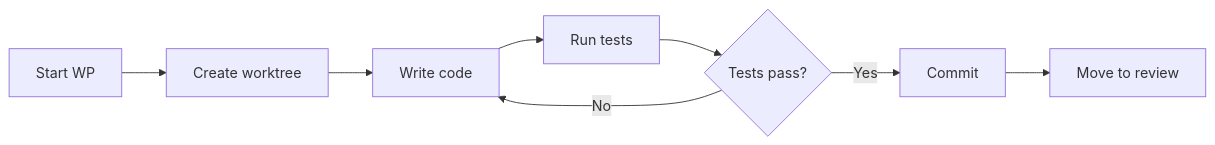
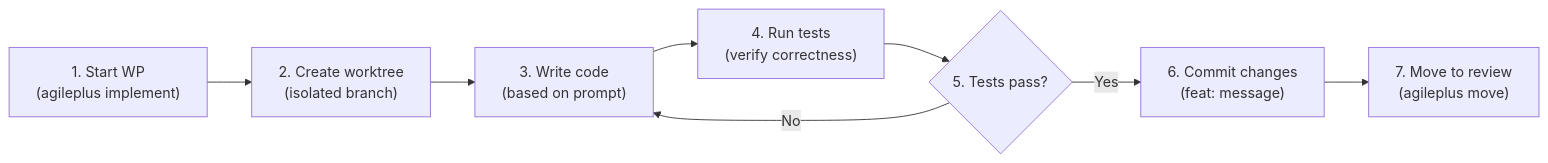
The diagram in docs/workflow/implement.md (KooshaPari/AgilePlus), drawn with Mermaid before and after one commit. The commit also changed other lines of this file and 47 other files, not shown here.

First line of the commit message:
docs: expand all 50+ doc pages with comprehensive content, mermaid diagrams

````diff
--- a/docs/workflow/implement.md
+++ b/docs/workflow/implement.md
@@ -43,10 +91,18 @@
 ```mermaid
 graph LR
-    A[Start WP] --> B[Create worktree]
-    B --> C[Write code]
-    C --> D[Run tests]
-    D --> E{Tests pass?}
+    A["1. Start WP<br/>(agileplus implement)"]
+    B["2. Create worktree<br/>(isolated branch)"]
+    C["3. Write code<br/>(based on prompt)"]
+    D["4. Run tests<br/>(verify correctness)"]
+    E{"5. Tests pass?"}
+    F["6. Commit changes<br/>(feat: message)"]
+    G["7. Move to review<br/>(agileplus move)"]
+
+    A --> B
+    B --> C
+    C --> D
+    D --> E
     E -->|No| C
-    E -->|Yes| F[Commit]
-    F --> G[Move to review]
+    E -->|Yes| F
+    F --> G
 ```
````
